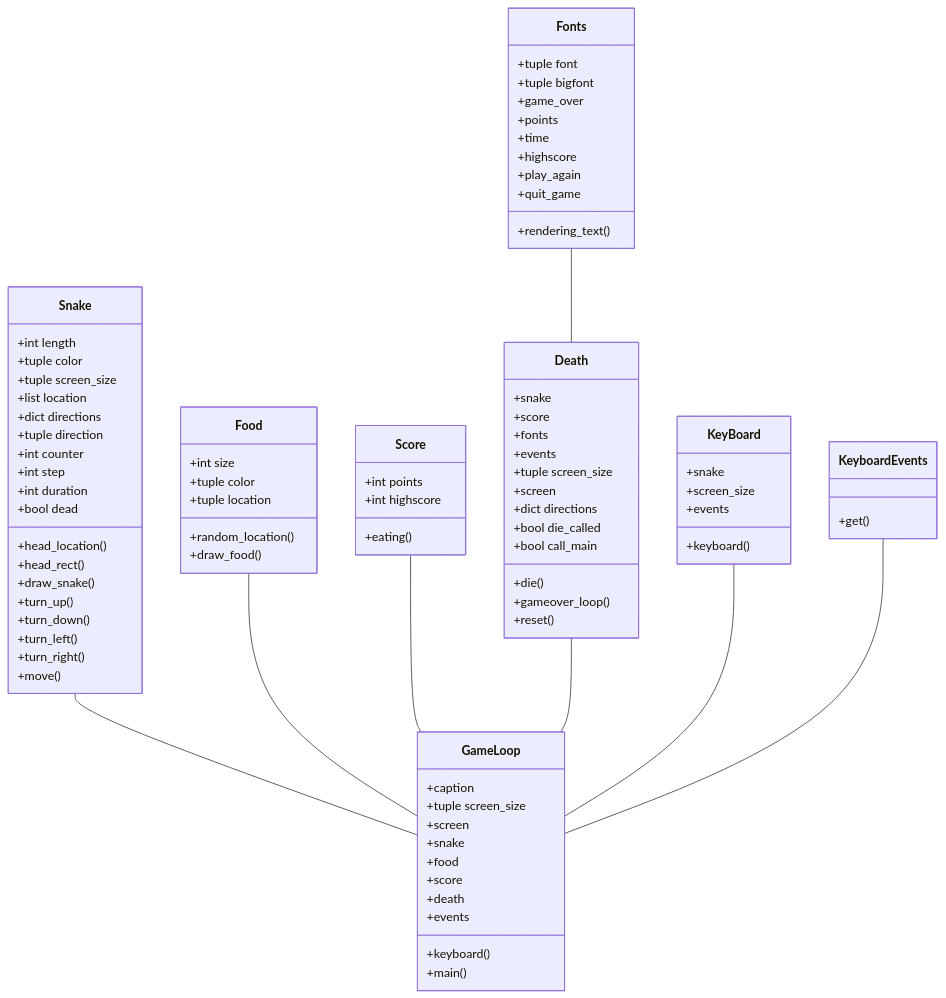
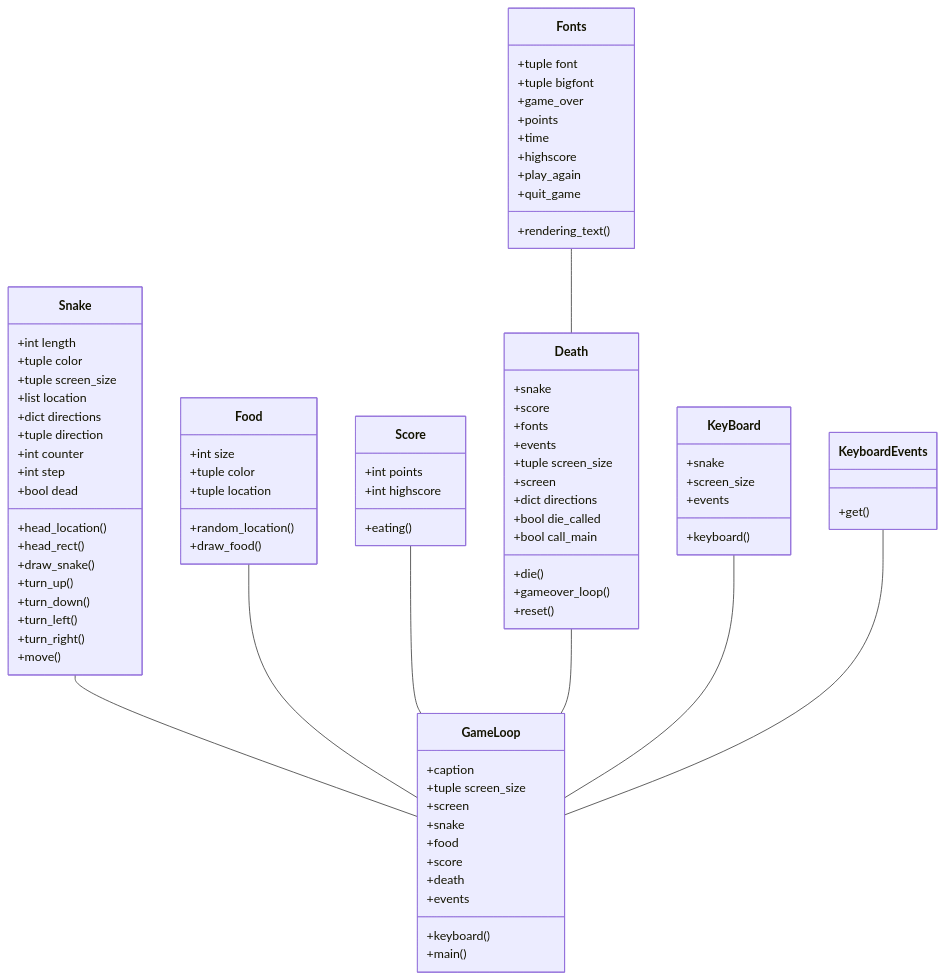
The first of 3 diagrams in dokumentaatio/arkkitehtuuri.md (lottapispa/ot-harjoitystyo), drawn with Mermaid before and after one commit.

```diff
--- a/dokumentaatio/arkkitehtuuri.md
+++ b/dokumentaatio/arkkitehtuuri.md
@@ -21,7 +21,6 @@
         +tuple direction
         +int counter
         +int step
-        +int duration
         +bool dead
         +head_location()
         +head_rect()
```
